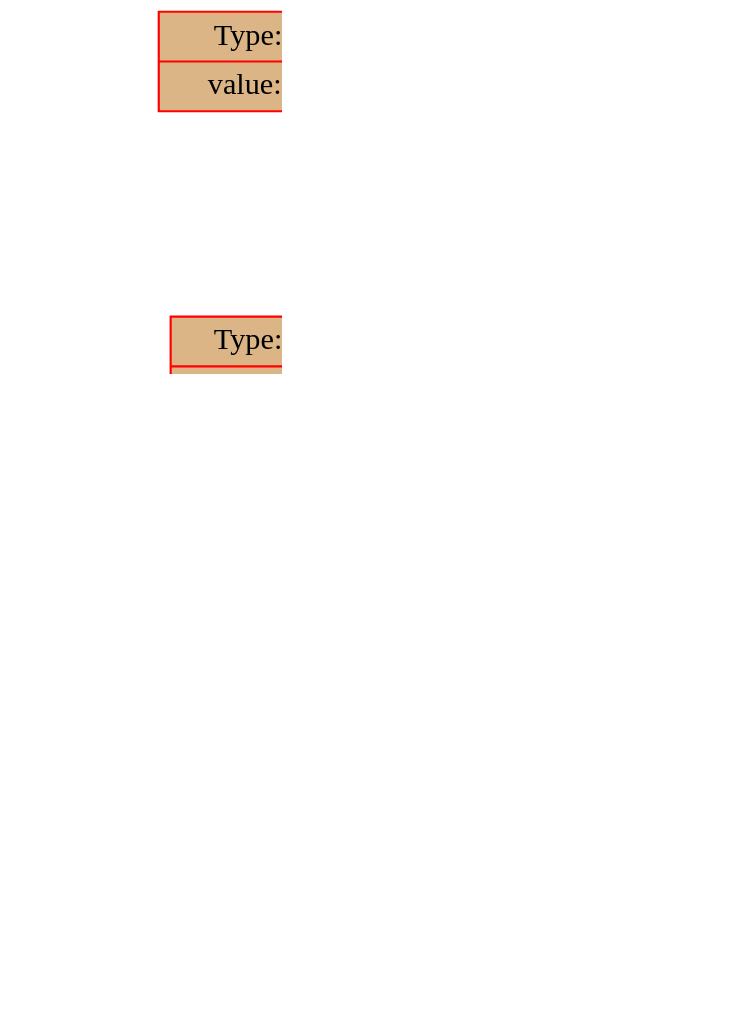
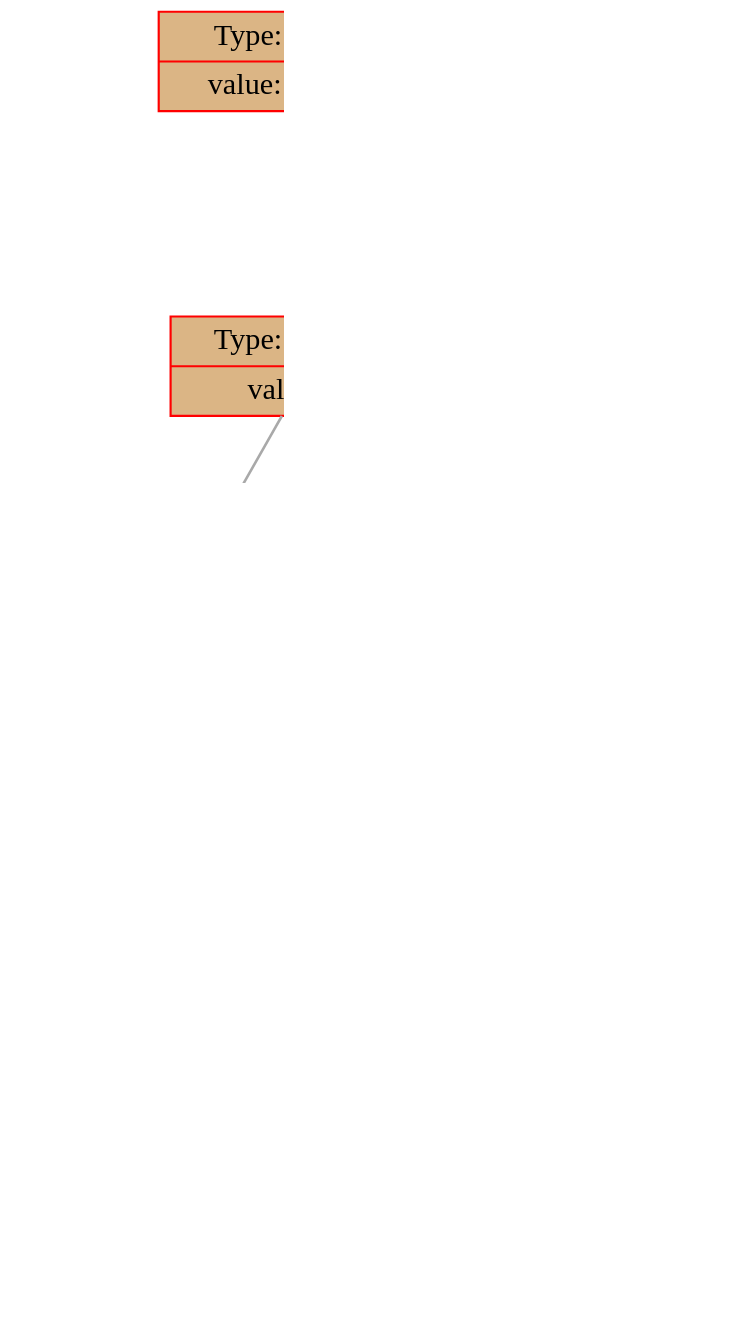
The diagram in data/graph.dot (dodokek/ProgrammingLanguage), drawn with Graphviz before and after one commit. The commit also changed 5 other files, not shown here.

```diff
--- a/data/graph.dot
+++ b/data/graph.dot
@@ -1,28 +1,34 @@
 
     digraph g {
         dpi      = 200;
         fontname = "Comic Sans MS";
         fontsize = 20;
         rankdir   =  TB;
         edge [color = darkgrey, arrowhead = onormal, arrowsize = 1, penwidth = 1.2]
         graph[fillcolor = lightgreen, ranksep = 1.3, nodesep = 0.5,
         style = "rounded, filled",color = green, penwidth = 2]
 
-    Node00000208bbaa1890[shape=record, width=0.2, style="filled", color="red", fillcolor="#DBB585",label=" {Type: operation | value: Statement}"] 
+    Node000002b23c6c1950[shape=record, width=0.2, style="filled", color="red", fillcolor="#DBB585",label=" {Type: operation | value: Statement}"] 
  
-Node00000208bbaa1860[shape=record, width=0.2, style="filled", color="red", fillcolor="#DBB585",label=" {Type: operation | value: Var}"] 
+Node000002b23c6c1920[shape=record, width=0.2, style="filled", color="red", fillcolor="#DBB585",label=" {Type: operation | value: Var}"] 
  
-Node00000208bbaa17a0[shape=record, width=0.2, style="filled", color="red", fillcolor="#19DB27",label=" {Type: variable | value: X}"] 
+Node000002b23c6c1800[shape=record, width=0.2, style="filled", color="red", fillcolor="#19DB27",label=" {Type: variable | value: X}"] 
  
-Node00000208bbaa1830[shape=record, width=0.2, style="filled", color="red", fillcolor="#DBB585",label=" {Type: operation | value: -}"] 
+Node000002b23c6c18f0[shape=record, width=0.2, style="filled", color="red", fillcolor="#DBB585",label=" {Type: operation | value: ^}"] 
  
-Node00000208bbaa17d0[shape=record, width=0.2, style="filled", color="red", fillcolor="#DB8E21",label=" {Type: number | value: 2}"] 
+Node000002b23c6c1890[shape=record, width=0.2, style="filled", color="red", fillcolor="#DBB585",label=" {Type: operation | value: +}"] 
  
-Node00000208bbaa1800[shape=record, width=0.2, style="filled", color="red", fillcolor="#DB8E21",label=" {Type: number | value: 2}"] 
+Node000002b23c6c1830[shape=record, width=0.2, style="filled", color="red", fillcolor="#DB8E21",label=" {Type: number | value: 2}"] 
  
-Node00000208bbaa1890->Node00000208bbaa1860
-Node00000208bbaa1860->Node00000208bbaa17a0
-Node00000208bbaa1860->Node00000208bbaa1830
-Node00000208bbaa1830->Node00000208bbaa17d0
-Node00000208bbaa1830->Node00000208bbaa1800
+Node000002b23c6c1860[shape=record, width=0.2, style="filled", color="red", fillcolor="#19DB27",label=" {Type: variable | value: X}"] 
+ 
+Node000002b23c6c18c0[shape=record, width=0.2, style="filled", color="red", fillcolor="#DB8E21",label=" {Type: number | value: 2}"] 
+ 
+Node000002b23c6c1950->Node000002b23c6c1920
+Node000002b23c6c1920->Node000002b23c6c1800
+Node000002b23c6c1920->Node000002b23c6c18f0
+Node000002b23c6c18f0->Node000002b23c6c1890
+Node000002b23c6c1890->Node000002b23c6c1830
+Node000002b23c6c1890->Node000002b23c6c1860
+Node000002b23c6c18f0->Node000002b23c6c18c0
 }
```
